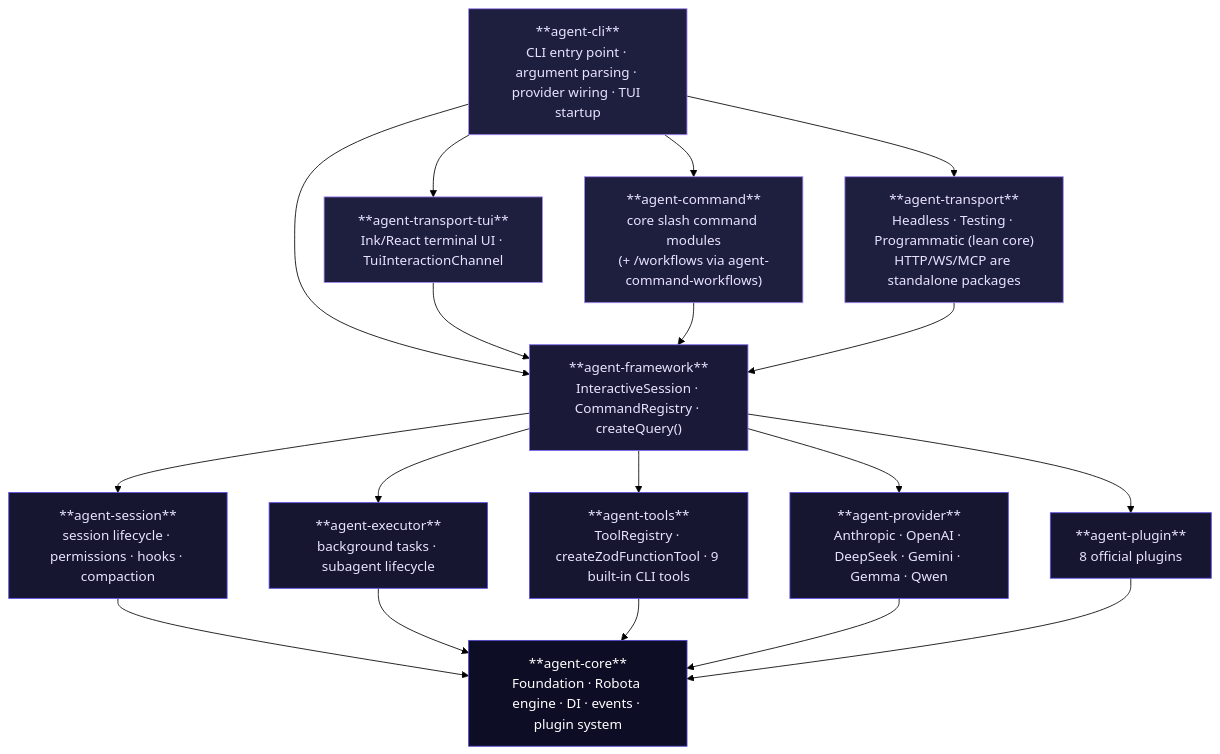
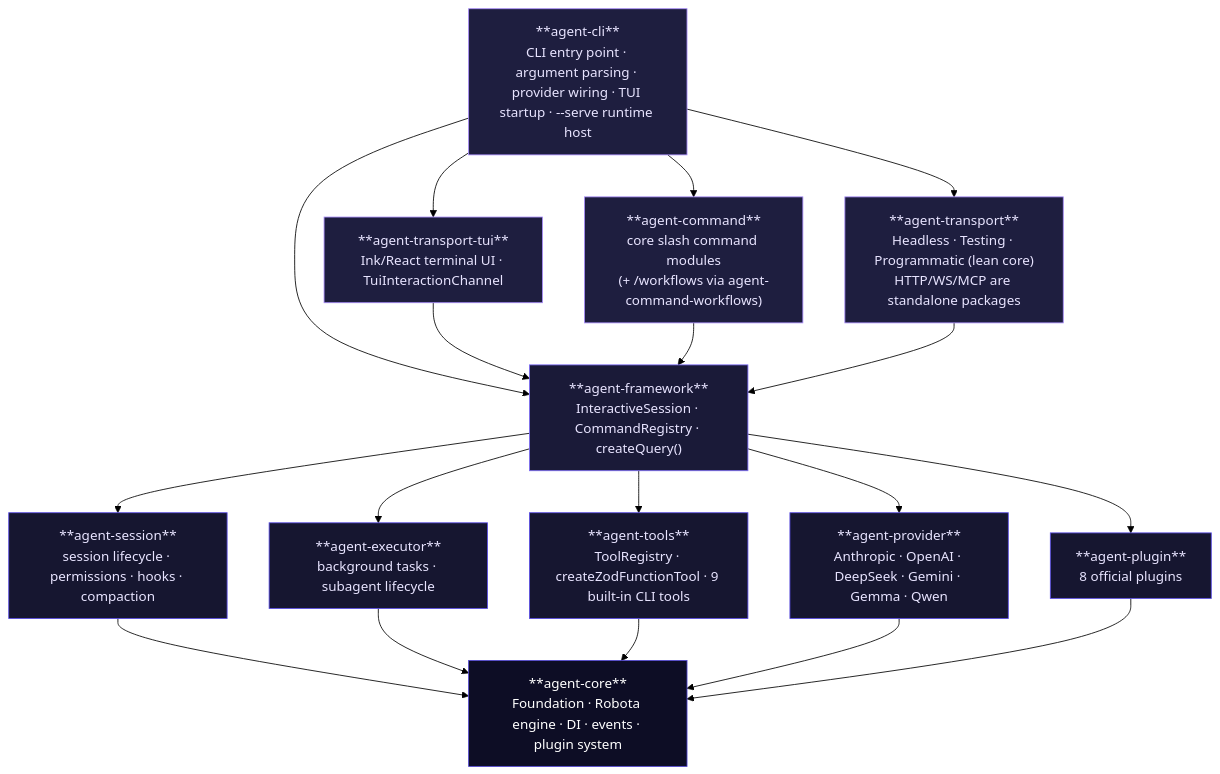
One commit to woojubb/robota changed the diagram in content/guide/architecture.md. Above: the diagram before and after it, drawn with Mermaid (forest theme). The commit also changed other lines of this file and 17 other files, not shown here.

````diff
--- a/content/guide/architecture.md
+++ b/content/guide/architecture.md
@@ -7,42 +7,42 @@
 ```mermaid
 flowchart TB
-    CLI["**agent-cli**\nCLI entry point · argument parsing · provider wiring · TUI startup"]
+    CLI["**agent-cli**\nCLI entry point · argument parsing · provider wiring · TUI startup · --serve runtime host"]
     TUI["**agent-transport-tui**\nInk/React terminal UI · TuiInteractionChannel"]
     CMD["**agent-command**\ncore slash command modules\n(+ /workflows via agent-command-workflows)"]
     TRANS["**agent-transport**\nHeadless · Testing · Programmatic (lean core)\nHTTP/WS/MCP are standalone packages"]
     FW["**agent-framework**\nInteractiveSession · CommandRegistry · createQuery()"]
     SESS["**agent-session**\nsession lifecycle · permissions · hooks · compaction"]
     EXEC["**agent-executor**\nbackground tasks · subagent lifecycle"]
     TOOLS["**agent-tools**\nToolRegistry · createZodFunctionTool · 9 built-in CLI tools"]
     PROV["**agent-provider**\nAnthropic · OpenAI · DeepSeek · Gemini · Gemma · Qwen"]
     PLUG["**agent-plugin**\n8 official plugins"]
     CORE["**agent-core**\nFoundation · Robota engine · DI · events · plugin system"]
 
     CLI --> FW
     CLI --> TUI
     CLI --> CMD
     CLI --> TRANS
     TUI --> FW
     CMD --> FW
     TRANS --> FW
     FW --> SESS
     FW --> EXEC
     FW --> TOOLS
     FW --> PROV
     FW --> PLUG
     SESS --> CORE
     EXEC --> CORE
     TOOLS --> CORE
     PROV --> CORE
     PLUG --> CORE
 
     classDef cli fill:#1e1e3f,stroke:#a78bfa,color:#e8e4ff
     classDef framework fill:#1a1a38,stroke:#7c6bf7,color:#e8e4ff
     classDef general fill:#161630,stroke:#5a4de6,color:#e8e4ff
     classDef core fill:#0d0d25,stroke:#4f44d0,color:#fff
 
     class CLI,TUI,CMD,TRANS cli
     class FW framework
     class SESS,EXEC,TOOLS,PROV,PLUG general
     class CORE core
 ```
````
